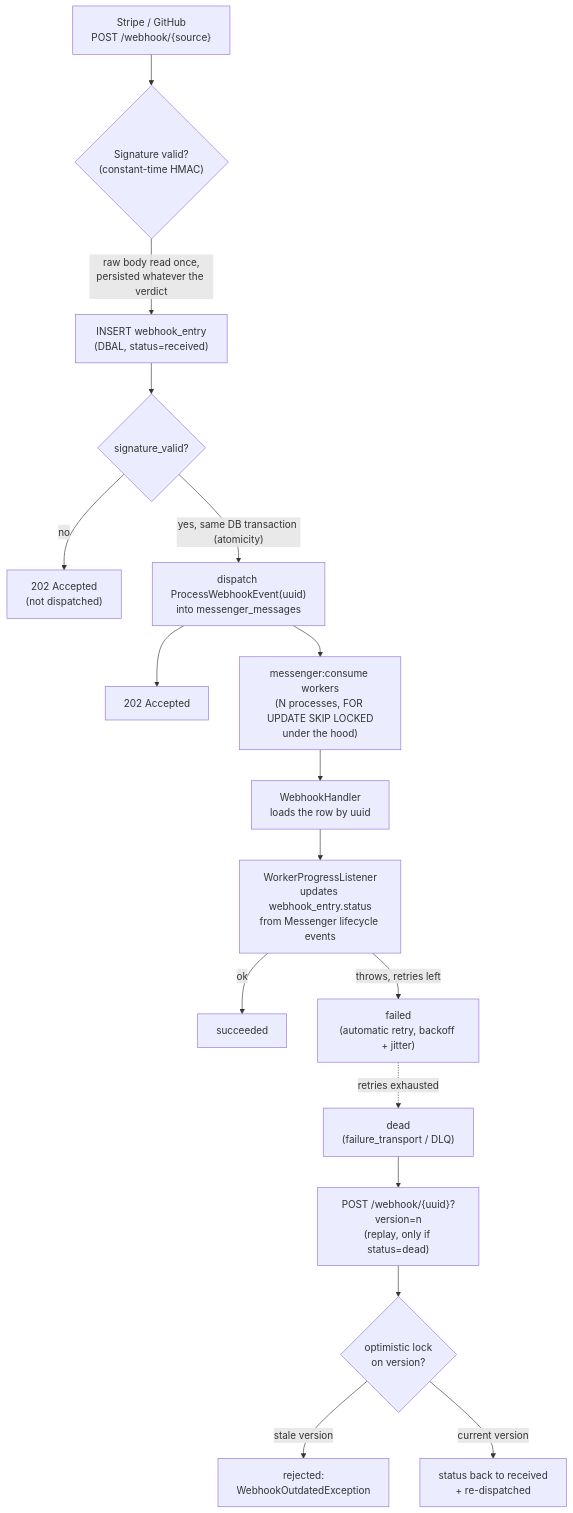
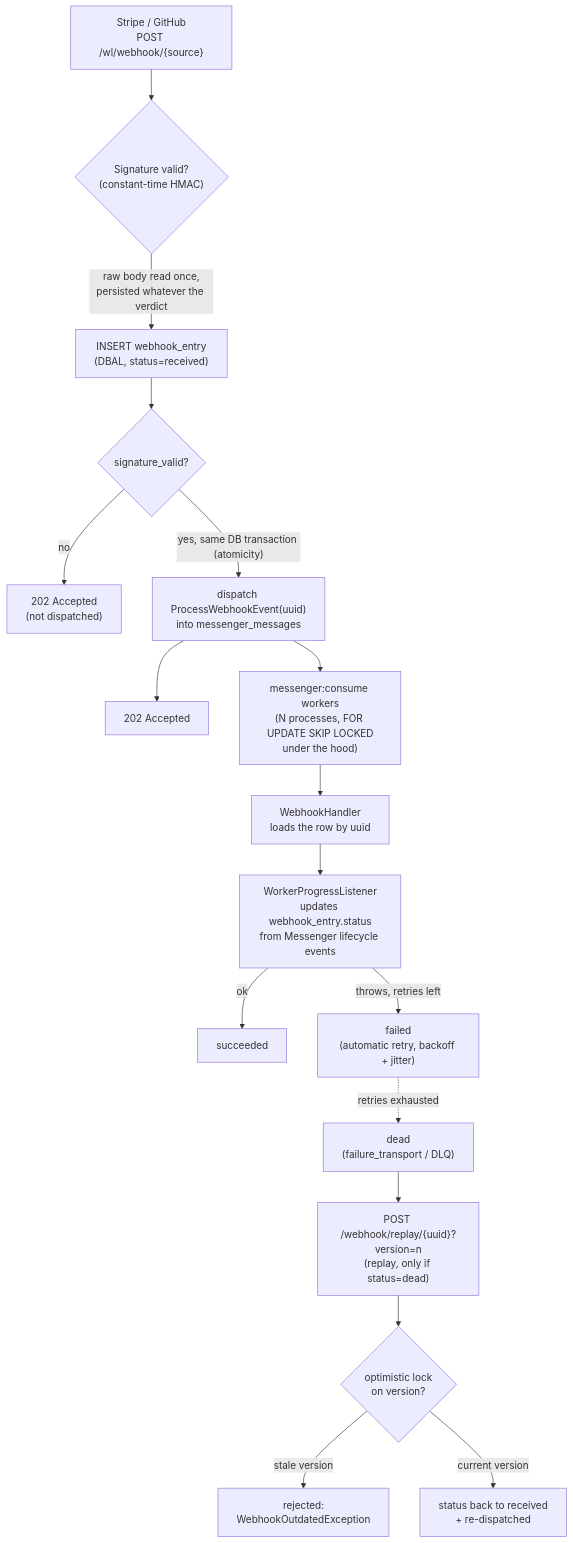
One commit to adaniloff/webhook-ledger changed the diagram in README.md. Above: the diagram before and after it, drawn with Mermaid. The commit also changed other lines of this file and 7 other files, not shown here.

````diff
--- a/README.md
+++ b/README.md
@@ -39,21 +43,21 @@
 ```mermaid
 flowchart TD
-    A["Stripe / GitHub<br/>POST /webhook/{source}"] --> B{"Signature valid?<br/>(constant-time HMAC)"}
+    A["Stripe / GitHub<br/>POST /wl/webhook/{source}"] --> B{"Signature valid?<br/>(constant-time HMAC)"}
     B -->|raw body read once,<br/>persisted whatever the verdict| C["INSERT webhook_entry<br/>(DBAL, status=received)"]
     C --> D{"signature_valid?"}
     D -->|no| E["202 Accepted<br/>(not dispatched)"]
     D -->|"yes, same DB transaction (atomicity)"| F["dispatch ProcessWebhookEvent(uuid)<br/>into messenger_messages"]
     F --> E2["202 Accepted"]
 
     F --> G["messenger:consume workers<br/>(N processes, FOR UPDATE SKIP LOCKED<br/>under the hood)"]
     G --> H["WebhookHandler<br/>loads the row by uuid"]
     H --> I["WorkerProgressListener<br/>updates webhook_entry.status<br/>from Messenger lifecycle events"]
     I -->|ok| S["succeeded"]
     I -->|throws, retries left| RT["failed<br/>(automatic retry, backoff + jitter)"]
     RT -.retries exhausted.-> DEAD["dead<br/>(failure_transport / DLQ)"]
 
-    DEAD --> R["POST /webhook/{uuid}?version=n<br/>(replay, only if status=dead)"]
+    DEAD --> R["POST /webhook/replay/{uuid}?version=n<br/>(replay, only if status=dead)"]
     R --> RC{"optimistic lock<br/>on version?"}
     RC -->|stale version| RE["rejected:<br/>WebhookOutdatedException"]
     RC -->|current version| RS["status back to received<br/>+ re-dispatched"]
 ```
````
